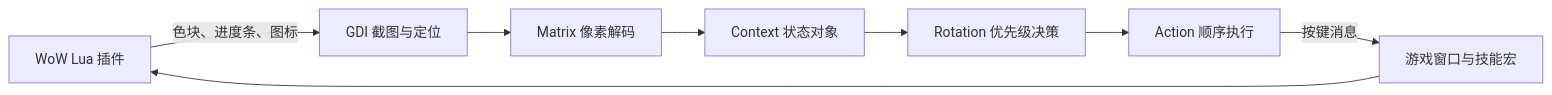
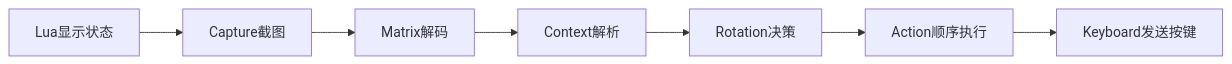
Before and after one commit to liantian-cn/PixBeastMastery: the diagram in README.md, drawn with Mermaid. The commit also changed other lines of this file and 63 other files, not shown here.

````diff
--- a/README.md
+++ b/README.md
@@ -166,10 +117,9 @@
 ```mermaid
 flowchart LR
-    A[WoW Lua 插件] -->|色块、进度条、图标| B[GDI 截图与定位]
-    B --> C[Matrix 像素解码]
-    C --> D[Context 状态对象]
-    D --> E[Rotation 优先级决策]
-    E --> F[Action 顺序执行]
-    F -->|按键消息| G[游戏窗口与技能宏]
-    G --> A
+    A[Lua显示状态] --> B[Capture截图]
+    B --> C[Matrix解码]
+    C --> D[Context解析]
+    D --> E[Rotation决策]
+    E --> F[Action顺序执行]
+    F --> G[Keyboard发送按键]
 ```
````
